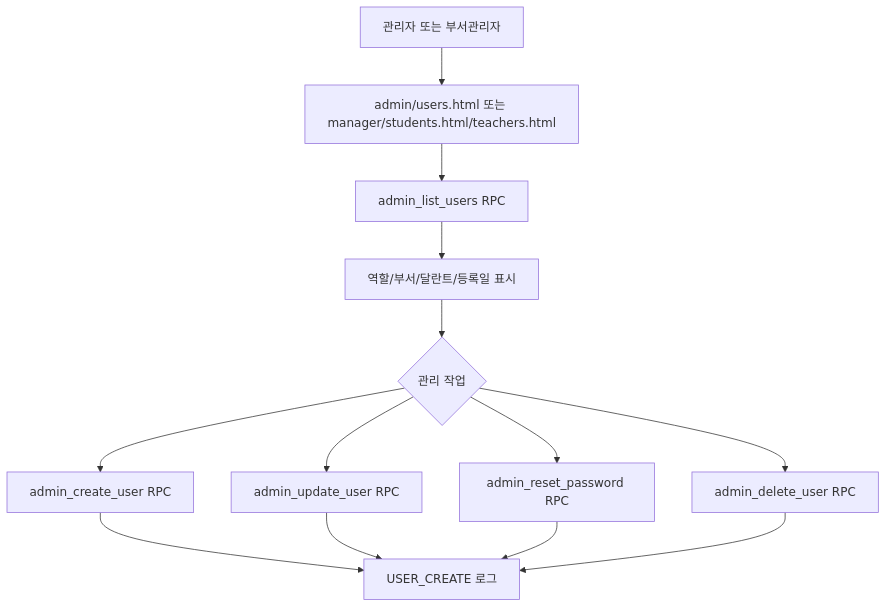
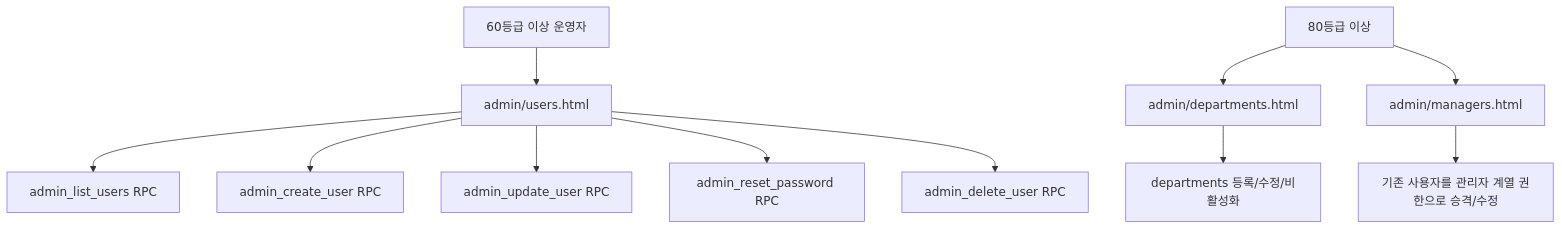
The fifth of 8 diagrams in docs/PROJECT_ARCHITECTURE_FLOW.md (CHO-Talents/CHO-Talents), drawn with Mermaid before and after one commit. The commit also changed other lines of this file and 2 other files, not shown here.

````diff
--- a/docs/PROJECT_ARCHITECTURE_FLOW.md
+++ b/docs/PROJECT_ARCHITECTURE_FLOW.md
@@ -200,15 +178,15 @@
 ```mermaid
 flowchart TD
-  Admin["관리자 또는 부서관리자"] --> UserPage["admin/users.html 또는 manager/students.html/teachers.html"]
-  UserPage --> ListUsers["admin_list_users RPC"]
-  ListUsers --> Render["역할/부서/달란트/등록일 표시"]
-  Render --> Action{"관리 작업"}
-  Action --> Create["admin_create_user RPC"]
-  Action --> Update["admin_update_user RPC"]
-  Action --> Reset["admin_reset_password RPC"]
-  Action --> Delete["admin_delete_user RPC"]
-  Create --> Log["USER_CREATE 로그"]
-  Update --> Log
-  Reset --> Log
-  Delete --> Log
+  Operator["60등급 이상 운영자"] --> Users["admin/users.html"]
+  Users --> List["admin_list_users RPC"]
+  Users --> Create["admin_create_user RPC"]
+  Users --> Update["admin_update_user RPC"]
+  Users --> Reset["admin_reset_password RPC"]
+  Users --> Delete["admin_delete_user RPC"]
+
+  Chief["80등급 이상"] --> Departments["admin/departments.html"]
+  Departments --> DeptCRUD["departments 등록/수정/비활성화"]
+
+  Chief --> Managers["admin/managers.html"]
+  Managers --> Promote["기존 사용자를 관리자 계열 권한으로 승격/수정"]
 ```
````
